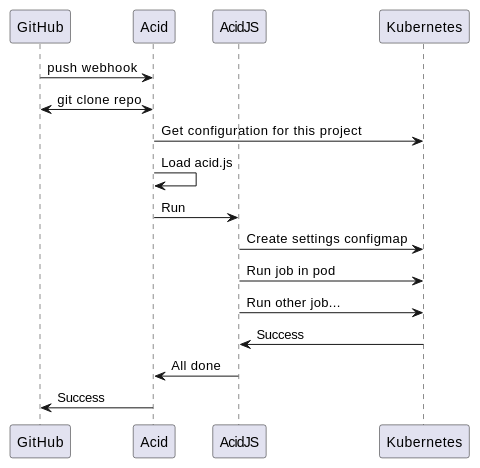
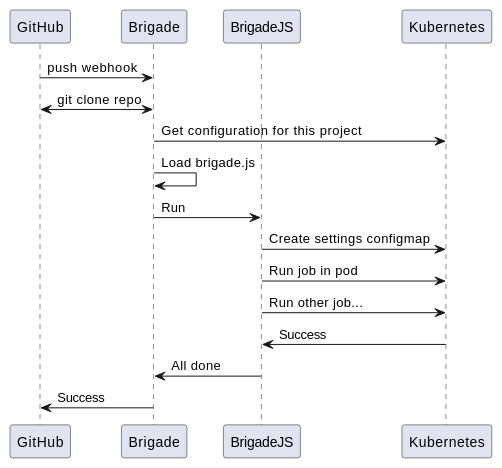
One commit to brigadecore/brigade changed the diagram in docs/topics/img/sequence.md. Above: the diagram before and after it, drawn with PlantUML. The commit also changed 230 other files, not shown here.

```diff
--- a/docs/topics/img/sequence.md
+++ b/docs/topics/img/sequence.md
@@ -3,18 +3,18 @@
 @startuml
 participant GitHub
-participant Acid
-participant AcidJS
+participant Brigade
+participant BrigadeJS
 participant Kubernetes
 
-GitHub->Acid: push webhook
-Acid<->GitHub: git clone repo
-Acid->Kubernetes: Get configuration for this project
-Acid->Acid: Load acid.js
-Acid->AcidJS: Run
-AcidJS->Kubernetes: Create settings configmap
-AcidJS->Kubernetes: Run job in pod
-AcidJS->Kubernetes: Run other job...
-Kubernetes->AcidJS: Success
-AcidJS->Acid: All done
-Acid->GitHub: Success
+GitHub->Brigade: push webhook
+Brigade<->GitHub: git clone repo
+Brigade->Kubernetes: Get configuration for this project
+Brigade->Brigade: Load brigade.js
+Brigade->BrigadeJS: Run
+BrigadeJS->Kubernetes: Create settings configmap
+BrigadeJS->Kubernetes: Run job in pod
+BrigadeJS->Kubernetes: Run other job...
+Kubernetes->BrigadeJS: Success
+BrigadeJS->Brigade: All done
+Brigade->GitHub: Success
 @enduml
```
